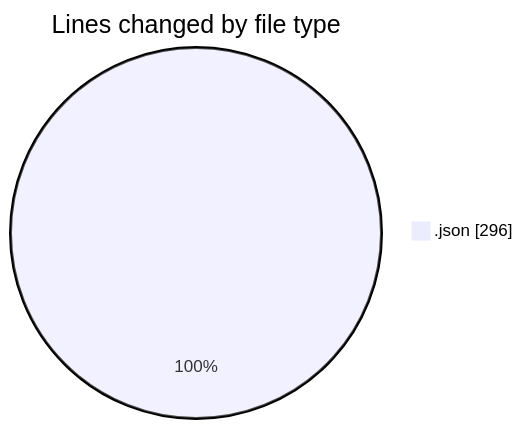
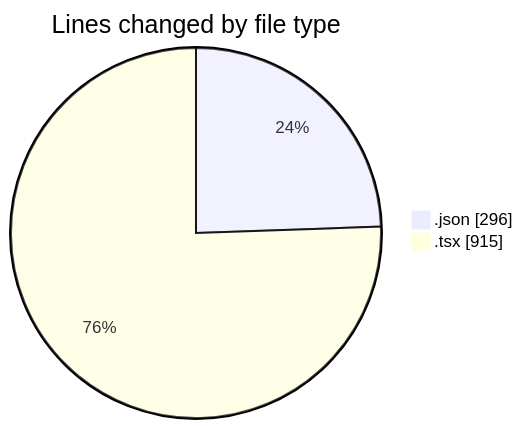
The first of 2 diagrams in 2025-10-07/eventscop-frontend-guide__workspace_/README.md (julien-gomy/code-tracking), drawn with Mermaid before and after one commit. The commit also changed other lines of this file and 1 other file, not shown here.

````diff
--- a/2025-10-07/eventscop-frontend-guide__workspace_/README.md
+++ b/2025-10-07/eventscop-frontend-guide__workspace_/README.md
@@ -21,5 +23,6 @@
 ```mermaid
 pie showData
 title Lines changed by file type
 ".json" : 296
+".tsx" : 915
 ```
````
